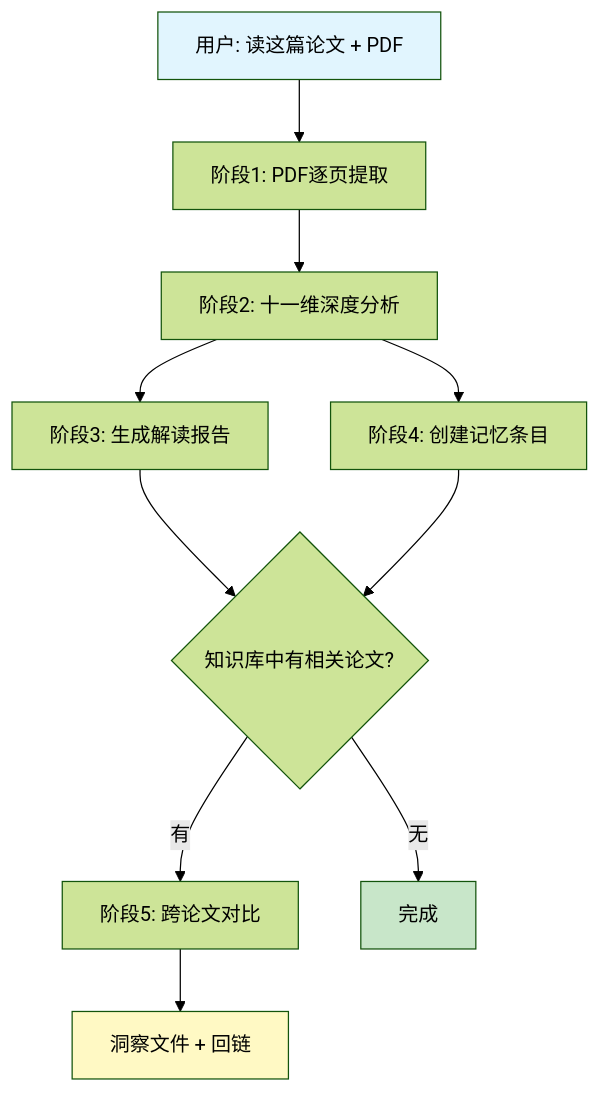
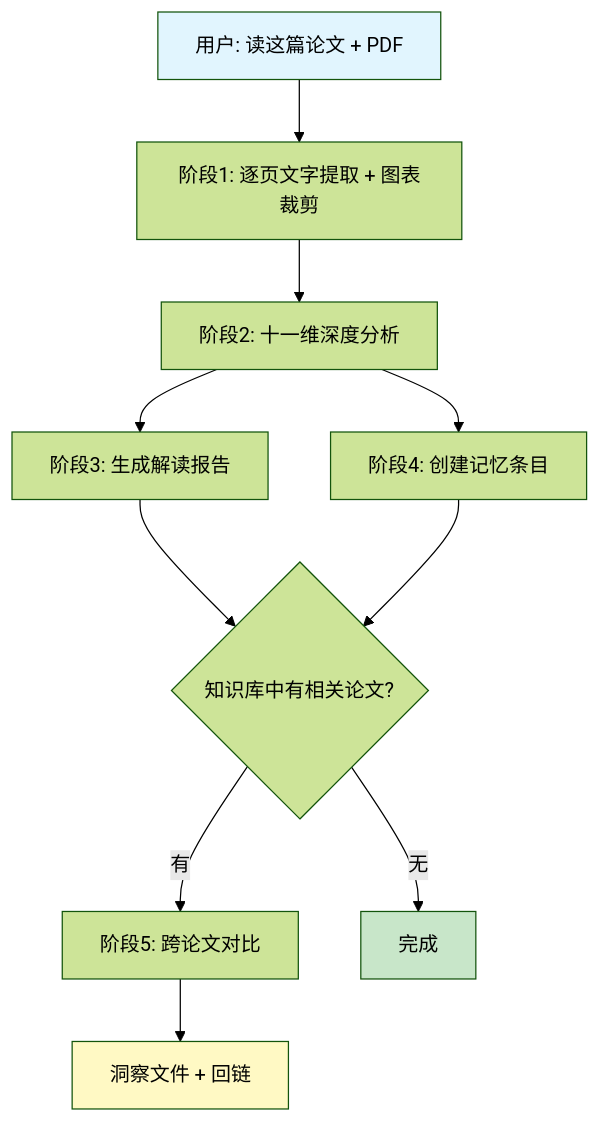
Before and after one commit to huyang51/deep_read_paper_skill: the diagram in README_CN.md, drawn with Mermaid (forest theme). The commit also changed other lines of this file and 5 other files, not shown here.

First line of the commit message:
feat(figures): 视觉通道——几何裁剪提取论文图表并嵌入报告（修 Figure Blindness）

````diff
--- a/README_CN.md
+++ b/README_CN.md
@@ -49,16 +50,16 @@
 ```mermaid
 graph TD
-    A["用户: 读这篇论文 + PDF"] --> B["阶段1: PDF逐页提取"]
+    A["用户: 读这篇论文 + PDF"] --> B["阶段1: 逐页文字提取 + 图表裁剪"]
     B --> C["阶段2: 十一维深度分析"]
     C --> D["阶段3: 生成解读报告"]
     C --> E["阶段4: 创建记忆条目"]
     D --> F{"知识库中有相关论文?"}
     E --> F
     F -->|"有"| G["阶段5: 跨论文对比"]
     F -->|"无"| H["完成"]
     G --> I["洞察文件 + 回链"]
 
     style A fill:#e1f5fe
     style H fill:#c8e6c9
     style I fill:#fff9c4
 ```
````
